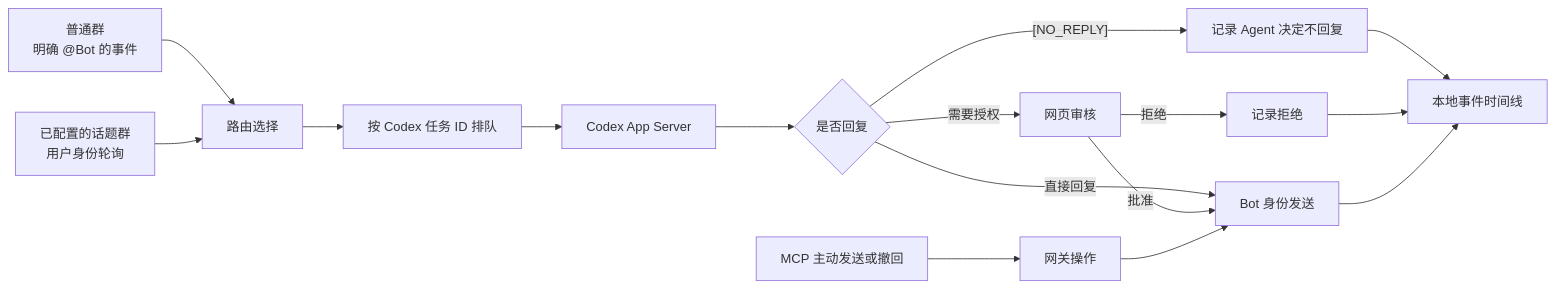
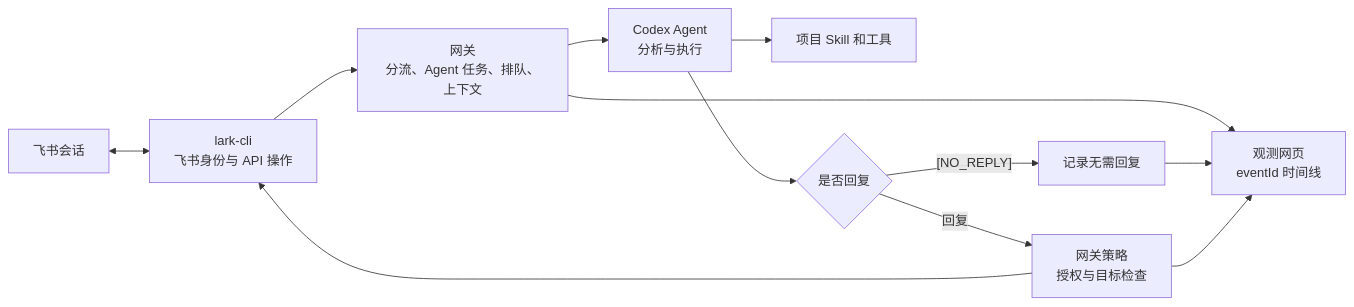
One commit to liuyuan0018/lark_codex_gateway changed the diagram in README.zh-CN.md. Above: the diagram before and after it, drawn with Mermaid. The commit also changed other lines of this file and 1 other file, not shown here.

````diff
--- a/README.zh-CN.md
+++ b/README.zh-CN.md
@@ -42,18 +55,14 @@
 ```mermaid
 flowchart LR
-    A["普通群<br/>明确 @Bot 的事件"] --> R["路由选择"]
-    B["已配置的话题群<br/>用户身份轮询"] --> R
-    C["MCP 主动发送或撤回"] --> G["网关操作"]
-    R --> Q["按 Codex 任务 ID 排队"]
-    Q --> X["Codex App Server"]
-    X --> N{"是否回复"}
-    N -->|"[NO_REPLY]"| O["记录 Agent 决定不回复"]
-    N -->|"需要授权"| P["网页审核"]
-    N -->|"直接回复"| S["Bot 身份发送"]
-    P -->|"批准"| S
-    P -->|"拒绝"| J["记录拒绝"]
-    G --> S
-    O --> D["本地事件时间线"]
-    J --> D
-    S --> D
+    F["飞书会话"] <--> L["lark-cli<br/>飞书身份与 API 操作"]
+    L --> G["网关<br/>分流、Agent 任务、排队、上下文"]
+    G --> A["Codex Agent<br/>分析与执行"]
+    A --> K["项目 Skill 和工具"]
+    A --> R{"是否回复"}
+    R -->|"[NO_REPLY]"| O["记录无需回复"]
+    R -->|"回复"| P["网关策略<br/>授权与目标检查"]
+    P --> L
+    G --> D["观测网页<br/>eventId 时间线"]
+    O --> D
+    P --> D
 ```
````
